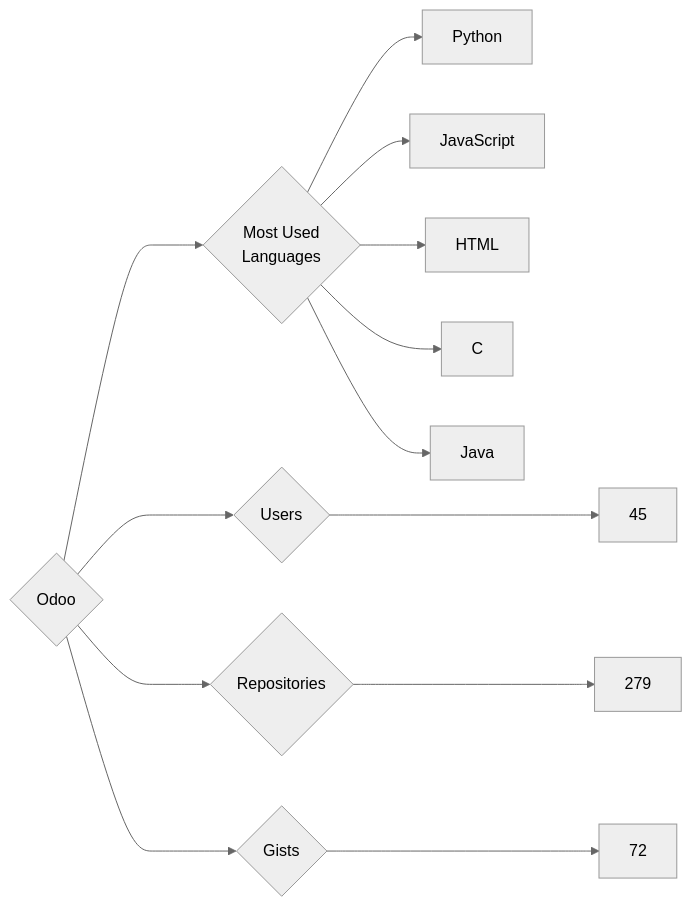
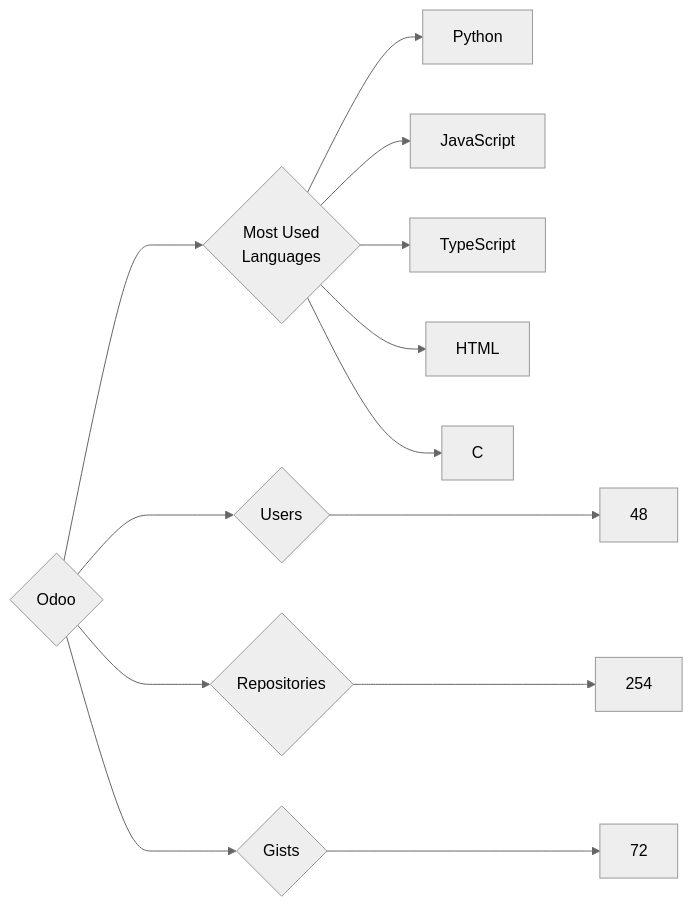
The diagram in targets/Odoo/README.md (trickest/insiders), drawn with Mermaid (neutral theme) before and after one commit. The commit also changed 895 other files, not shown here.

````diff
--- a/targets/Odoo/README.md
+++ b/targets/Odoo/README.md
@@ -3,13 +3,13 @@
 ```mermaid
 graph LR
 COMPANY_NAME{Odoo}
-COMPANY_NAME ---> U{Users} ---> UN[45]
-COMPANY_NAME ---> R{Repositories} ---> RN[279]
+COMPANY_NAME ---> U{Users} ---> UN[48]
+COMPANY_NAME ---> R{Repositories} ---> RN[254]
 COMPANY_NAME ---> G{Gists} ---> GN[72]
 COMPANY_NAME ---> ML{Most Used<br>Languages}
 ML --> Python[Python]
 ML --> JavaScript[JavaScript]
+ML --> TypeScript[TypeScript]
 ML --> HTML[HTML]
 ML --> C[C]
-ML --> Java[Java]
 ```
````
